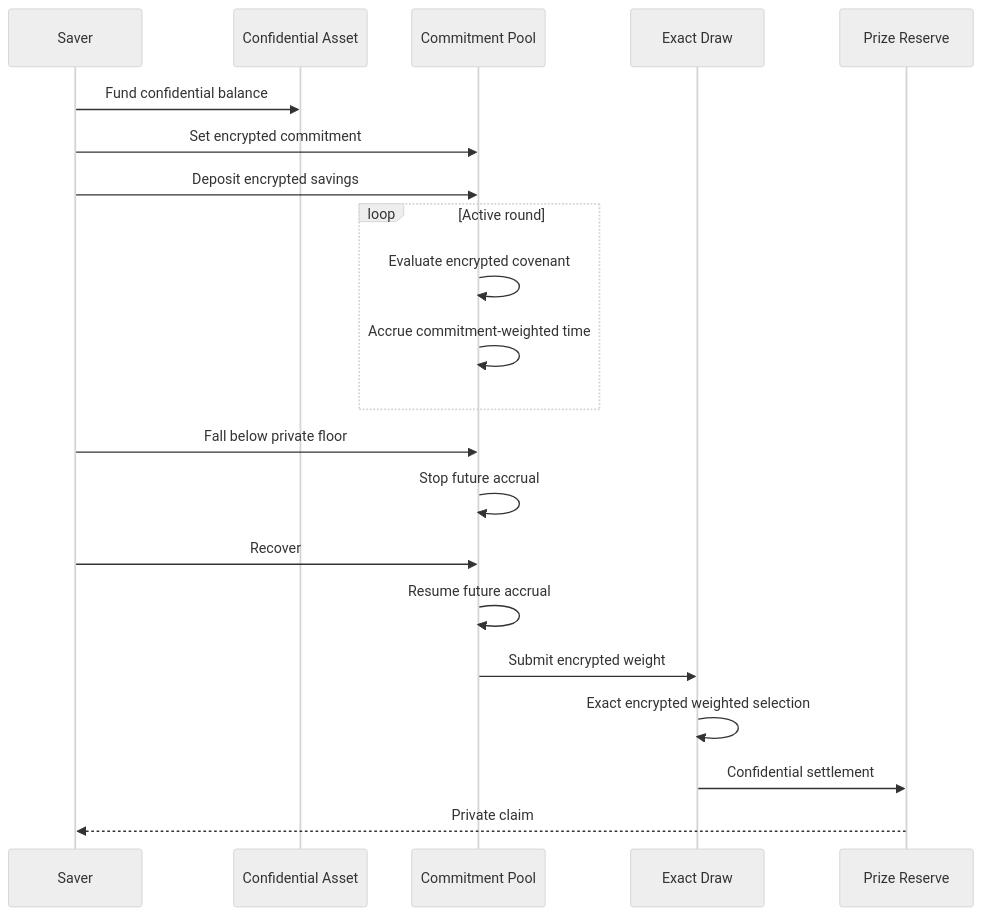
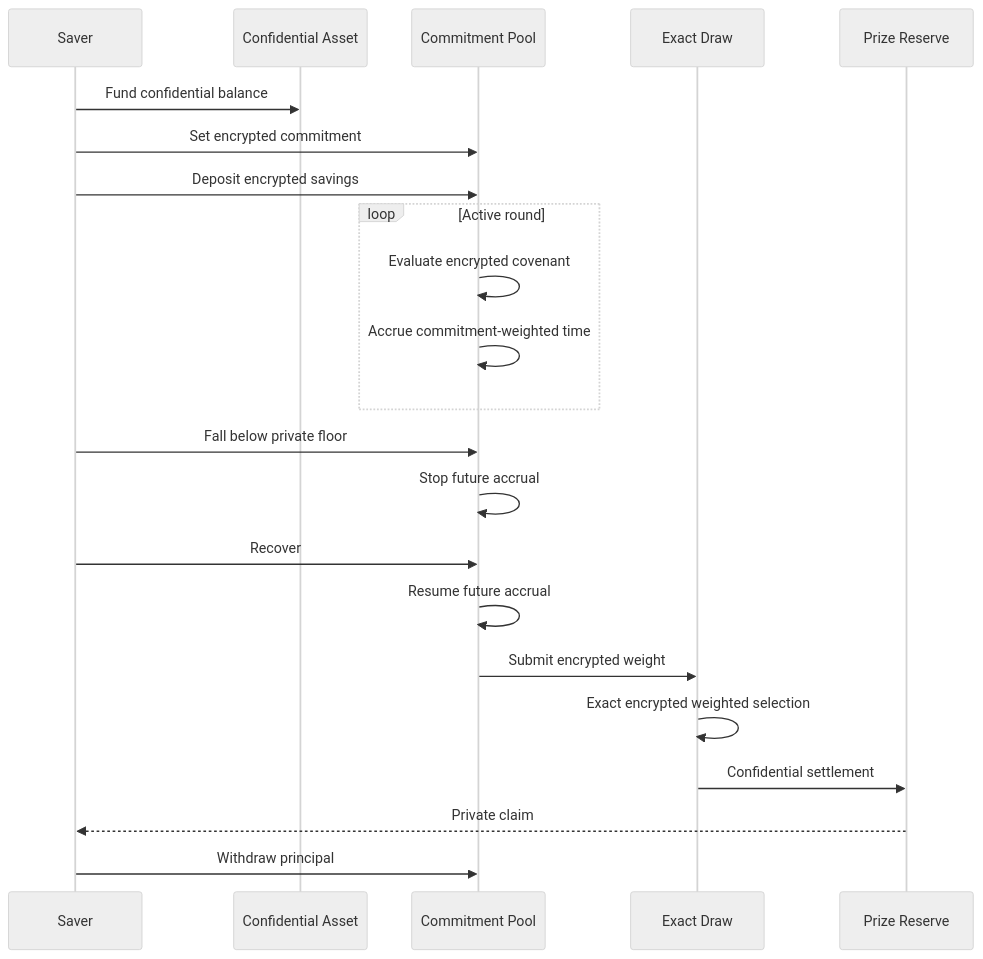
One commit to 0xkinno/votra changed the second of 2 diagrams in README.md. Above: the diagram before and after it, drawn with Mermaid (neutral theme). The commit also changed other lines of this file and 10 other files, not shown here.

````diff
--- a/README.md
+++ b/README.md
@@ -321,28 +324,29 @@
 ```mermaid
 sequenceDiagram
     participant U as Saver
     participant A as Confidential Asset
     participant P as Commitment Pool
     participant D as Exact Draw
     participant R as Prize Reserve
 
     U->>A: Fund confidential balance
     U->>P: Set encrypted commitment
     U->>P: Deposit encrypted savings
 
     loop Active round
         P->>P: Evaluate encrypted covenant
         P->>P: Accrue commitment-weighted time
     end
 
     U->>P: Fall below private floor
     P->>P: Stop future accrual
 
     U->>P: Recover
     P->>P: Resume future accrual
 
     P->>D: Submit encrypted weight
     D->>D: Exact encrypted weighted selection
     D->>R: Confidential settlement
     R-->>U: Private claim
+    U->>P: Withdraw principal
 ```
````
